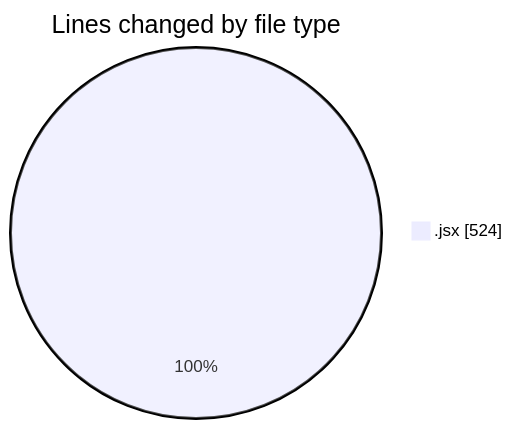
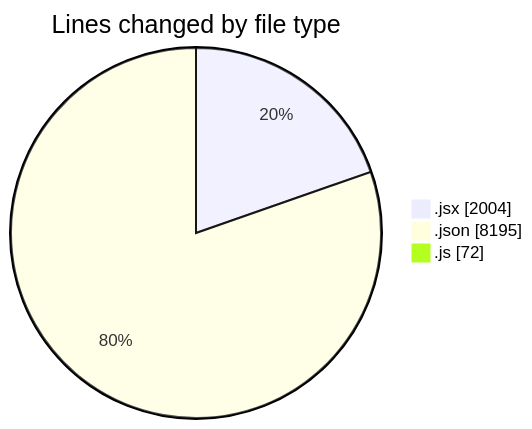
Before and after one commit to nxtqubesakshisongat/code-tracking: the first of 2 diagrams in 2025-12-23/nxtqube_webapp/README.md, drawn with Mermaid. The commit also changed other lines of this file and 1 other file, not shown here.

````diff
--- a/2025-12-23/nxtqube_webapp/README.md
+++ b/2025-12-23/nxtqube_webapp/README.md
@@ -20,5 +23,7 @@
 ```mermaid
 pie showData
 title Lines changed by file type
-".jsx" : 524
+".jsx" : 2004
+".json" : 8195
+".js" : 72
 ```
````
